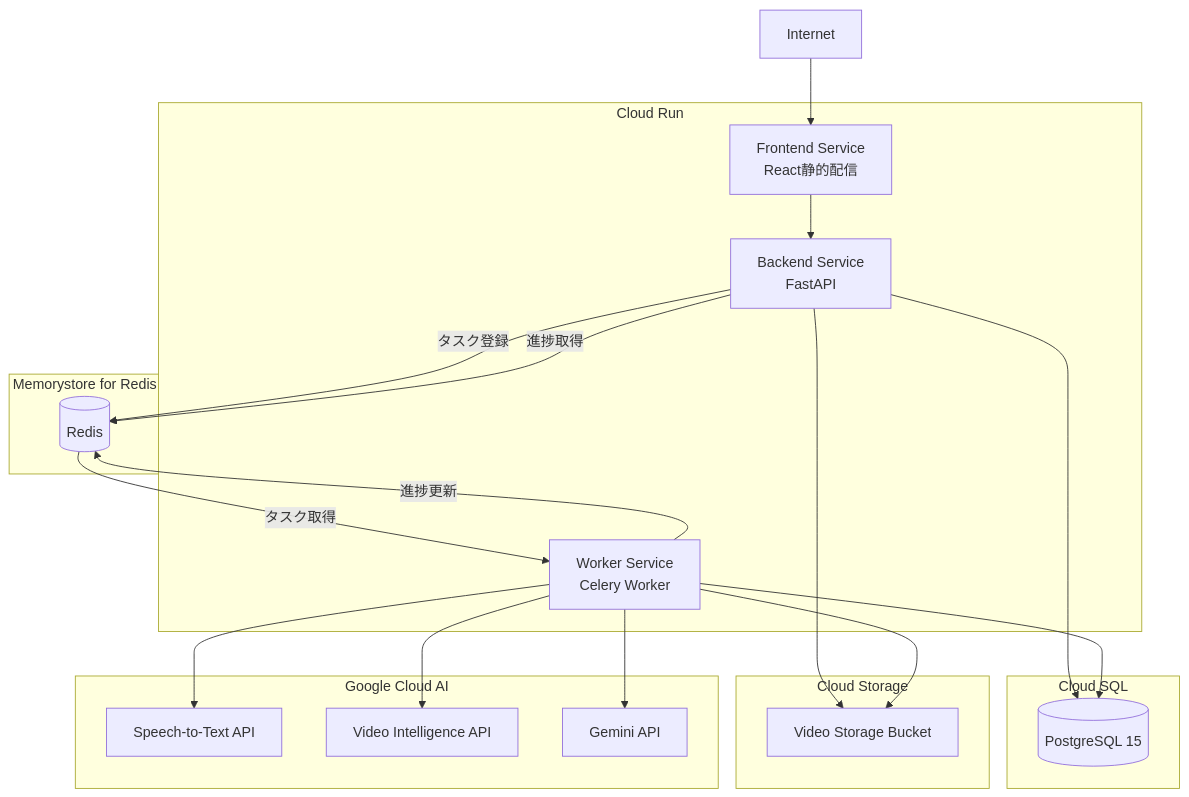
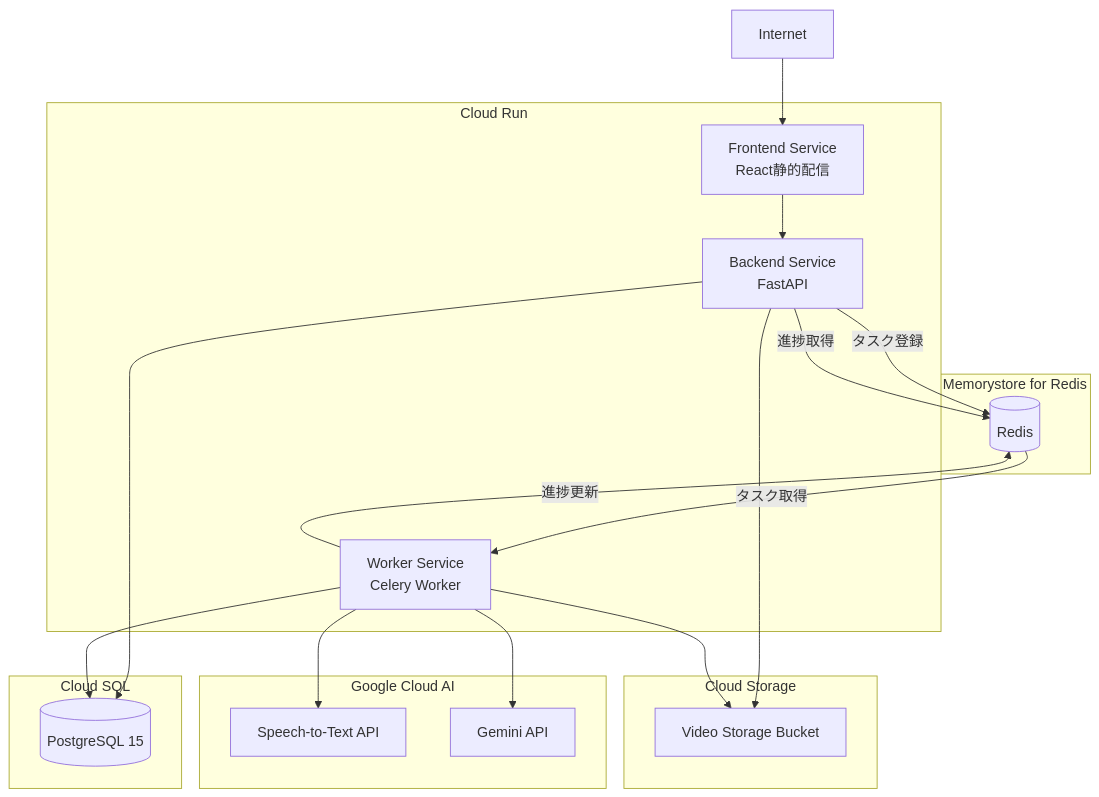
One commit to univac-1/risk-analyzer changed the third of 8 diagrams in .kiro/specs/video-risk-analyzer/design.md. Above: the diagram before and after it, drawn with Mermaid. The commit also changed other lines of this file and 1 other file, not shown here.

Commit message:
docs: Align design and tasks specs with Gemini native video architecture

````diff
--- a/.kiro/specs/video-risk-analyzer/design.md
+++ b/.kiro/specs/video-risk-analyzer/design.md
@@ -184,40 +177,38 @@
 ```mermaid
 graph TB
     subgraph CloudRun[Cloud Run]
         FrontendService[Frontend Service<br/>React静的配信]
         BackendService[Backend Service<br/>FastAPI]
         WorkerService[Worker Service<br/>Celery Worker]
     end
 
     subgraph MemorystoreRedis[Memorystore for Redis]
         Redis[(Redis)]
     end
 
     subgraph CloudSQL[Cloud SQL]
         PostgreSQLManaged[(PostgreSQL 15)]
     end
 
     subgraph CloudStorage[Cloud Storage]
         GCS[Video Storage Bucket]
     end
 
     subgraph GoogleCloudAI[Google Cloud AI]
         SpeechToText[Speech-to-Text API]
-        VideoIntelligence[Video Intelligence API]
         GeminiAPI[Gemini API]
     end
 
     Internet[Internet] --> FrontendService
     FrontendService --> BackendService
     BackendService -->|タスク登録| Redis
     Redis -->|タスク取得| WorkerService
     BackendService -->|進捗取得| Redis
     WorkerService -->|進捗更新| Redis
     BackendService --> PostgreSQLManaged
     BackendService --> GCS
     WorkerService --> PostgreSQLManaged
     WorkerService --> GCS
     WorkerService --> SpeechToText
-    WorkerService --> VideoIntelligence
     WorkerService --> GeminiAPI
 ```
````
